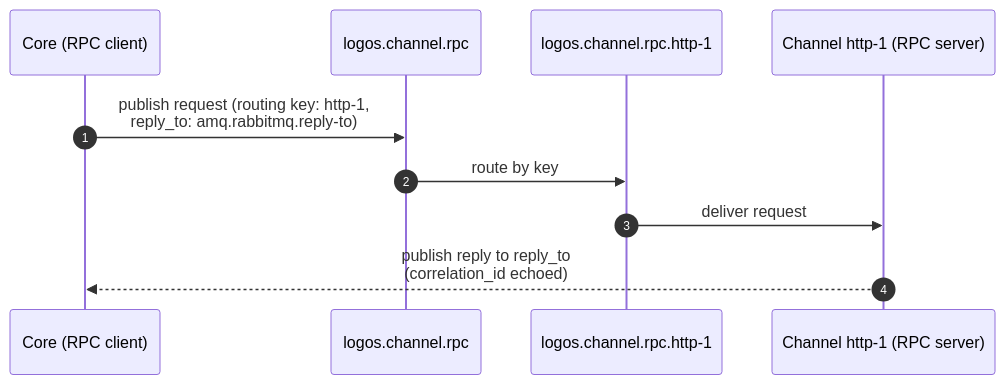
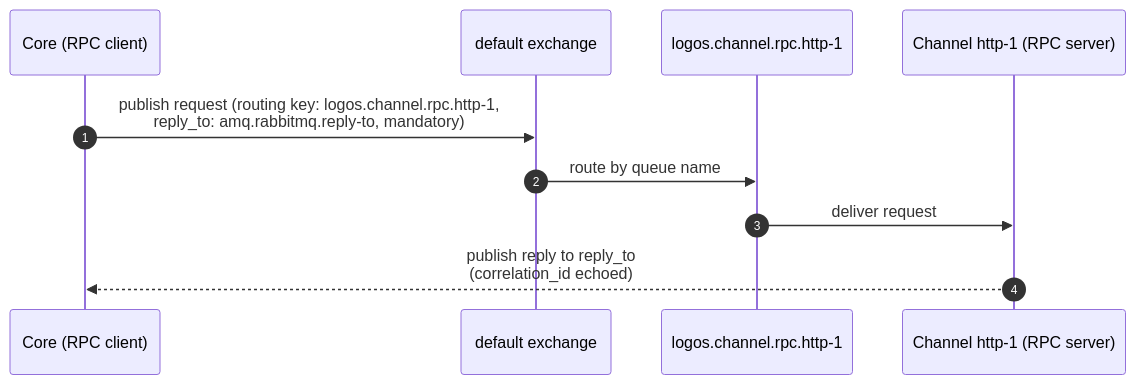
Before and after one commit to LogosCore/logos-docs: the diagram in src/content/docs/contracts/amqp-conventions.md, drawn with Mermaid. The commit also changed other lines of this file and 3 other files, not shown here.

````diff
--- a/src/content/docs/contracts/amqp-conventions.md
+++ b/src/content/docs/contracts/amqp-conventions.md
@@ -84,13 +88,13 @@
 ```mermaid
 sequenceDiagram
     autonumber
     participant CS as Core (RPC client)
-    participant X as logos.channel.rpc
+    participant X as default exchange
     participant Q as logos.channel.rpc.http-1
     participant CH as Channel http-1 (RPC server)
 
-    CS->>X: publish request (routing key: http-1,<br/>reply_to: amq.rabbitmq.reply-to)
-    X->>Q: route by key
+    CS->>X: publish request (routing key: logos.channel.rpc.http-1,<br/>reply_to: amq.rabbitmq.reply-to, mandatory)
+    X->>Q: route by queue name
     Q->>CH: deliver request
     CH-->>CS: publish reply to reply_to<br/>(correlation_id echoed)
 ```
````
